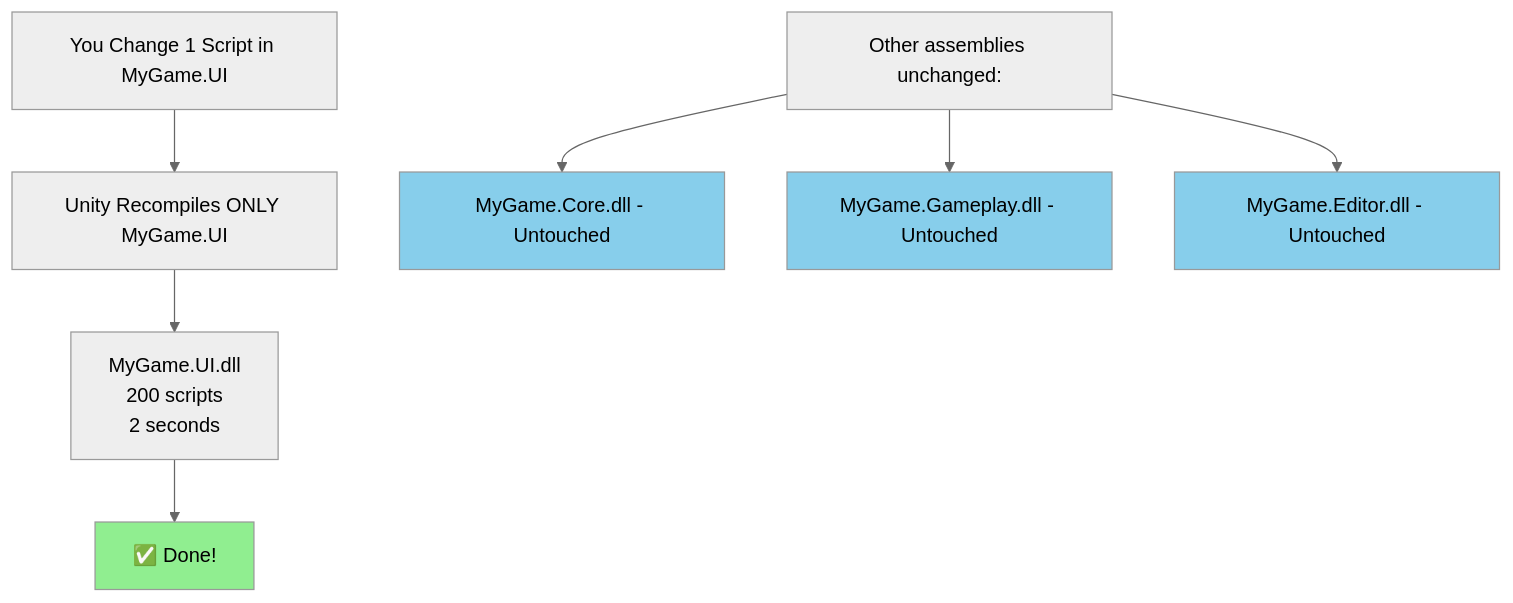
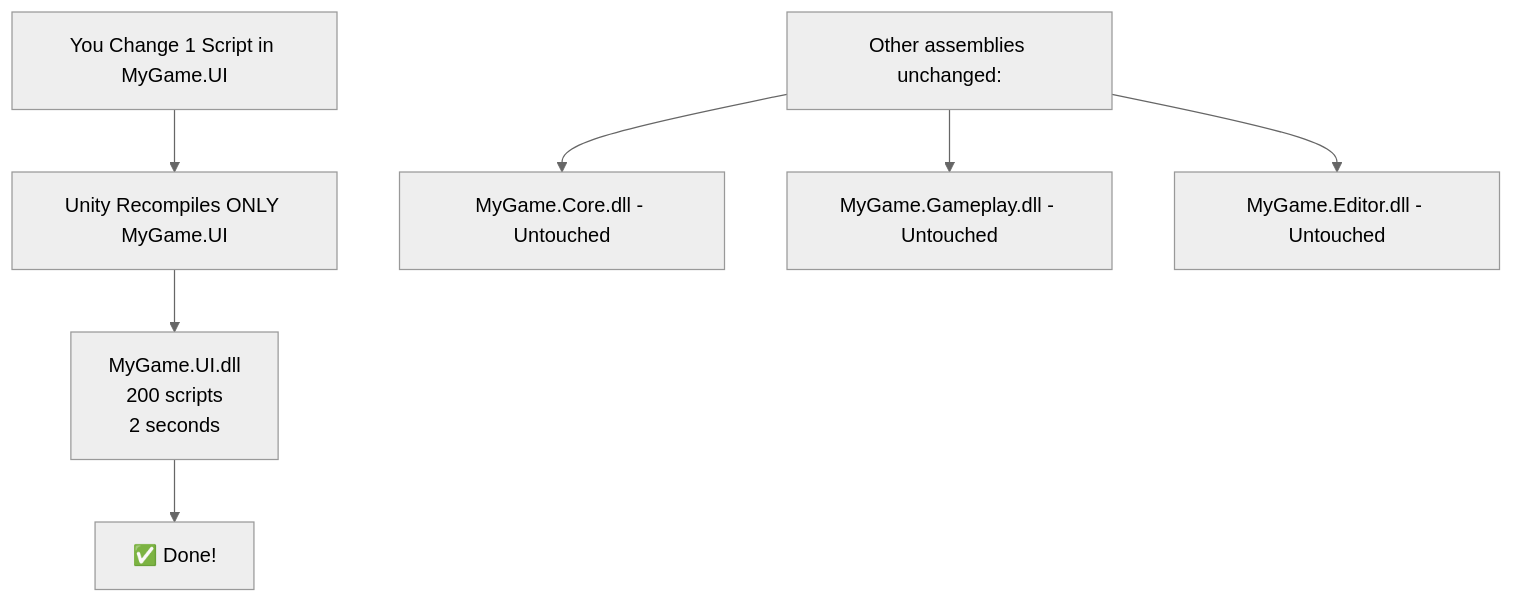
One commit to wallstop/unity-tips changed the second of 4 diagrams in docs/assembly-definitions/README.md. Above: the diagram before and after it, drawn with Mermaid (neutral theme). The commit also changed other lines of this file and 27 other files, not shown here.

Commit message:
Convert ASCII diagrams to Mermaid format (#30)

````diff
--- a/docs/assembly-definitions/README.md
+++ b/docs/assembly-definitions/README.md
@@ -169,17 +165,13 @@
 ```mermaid
 graph TD
     A[You Change 1 Script in MyGame.UI] --> B[Unity Recompiles ONLY MyGame.UI]
     B --> C[MyGame.UI.dll<br/>200 scripts<br/>2 seconds]
 
     C --> D[✅ Done!]
 
     E[Other assemblies unchanged:]
     E --> F[MyGame.Core.dll - Untouched]
     E --> G[MyGame.Gameplay.dll - Untouched]
     E --> H[MyGame.Editor.dll - Untouched]
 
-    style D fill:#90EE90
-    style F fill:#87CEEB
-    style G fill:#87CEEB
-    style H fill:#87CEEB
 ```
````
